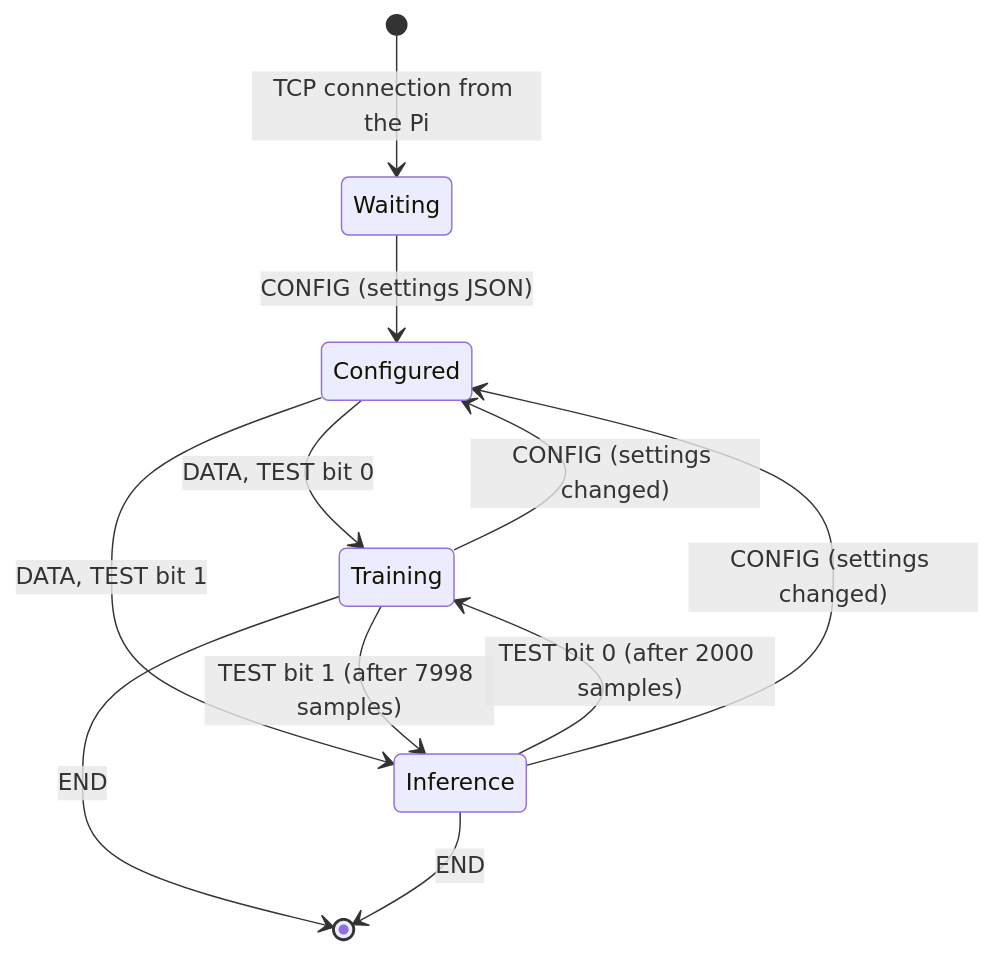
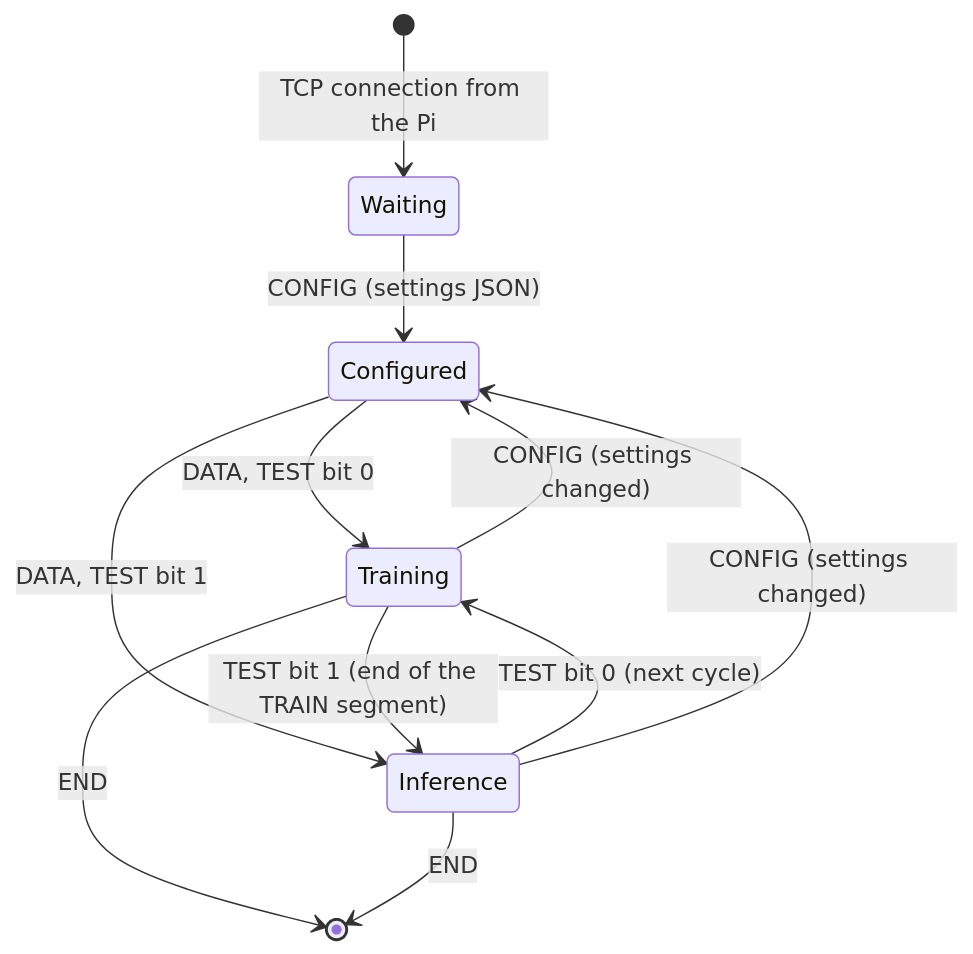
Before and after one commit to ahmedabdellatif7700/arof-rt-generator: the fifth of 5 diagrams in docs/DEMO.md, drawn with Mermaid. The commit also changed other lines of this file and 18 other files, not shown here.

First line of the commit message:
Samples as equalizer.py builds them for main_demo.m step 8; schedule demo; dataset = one demo cycle

````diff
--- a/docs/DEMO.md
+++ b/docs/DEMO.md
@@ -249,13 +357,13 @@
 ```mermaid
 stateDiagram-v2
     [*] --> Waiting: TCP connection from the Pi
     Waiting --> Configured: CONFIG (settings JSON)
     Configured --> Training: DATA, TEST bit 0
     Configured --> Inference: DATA, TEST bit 1
-    Training --> Inference: TEST bit 1 (after 7998 samples)
-    Inference --> Training: TEST bit 0 (after 2000 samples)
+    Training --> Inference: TEST bit 1 (end of the TRAIN segment)
+    Inference --> Training: TEST bit 0 (next cycle)
     Training --> Configured: CONFIG (settings changed)
     Inference --> Configured: CONFIG (settings changed)
     Training --> [*]: END
     Inference --> [*]: END
 ```
````
